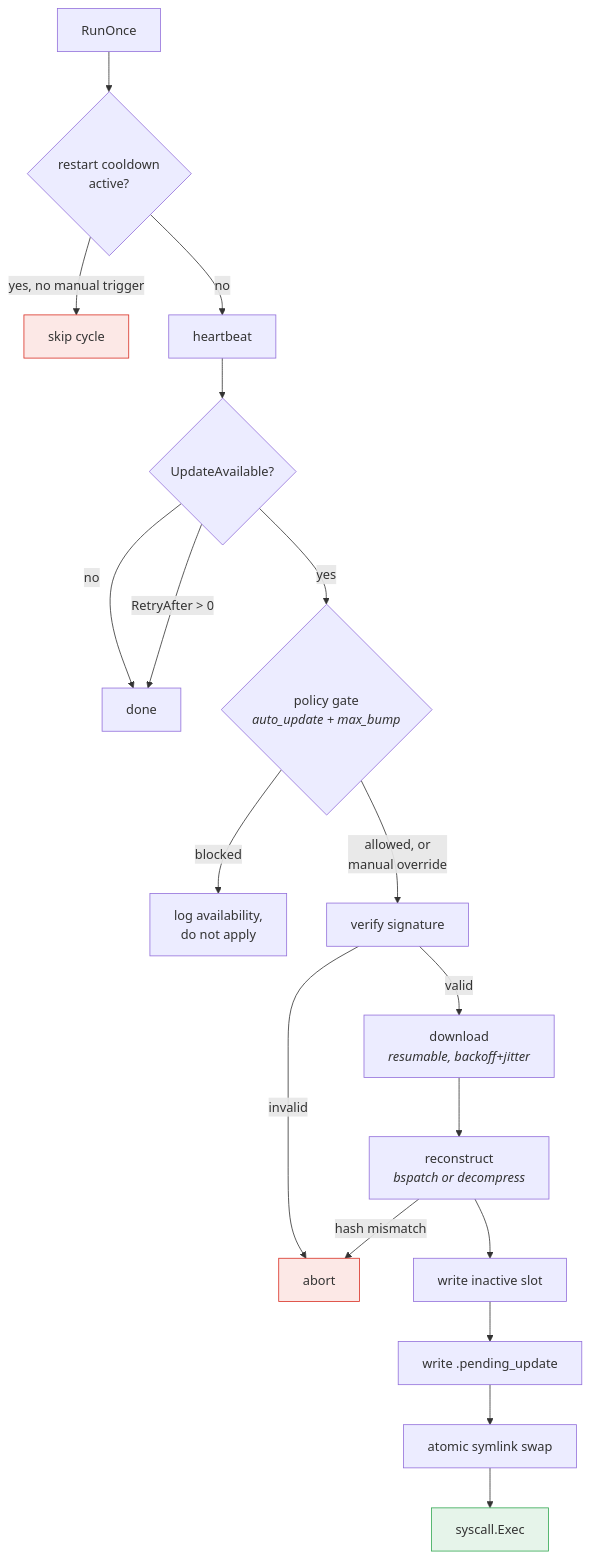
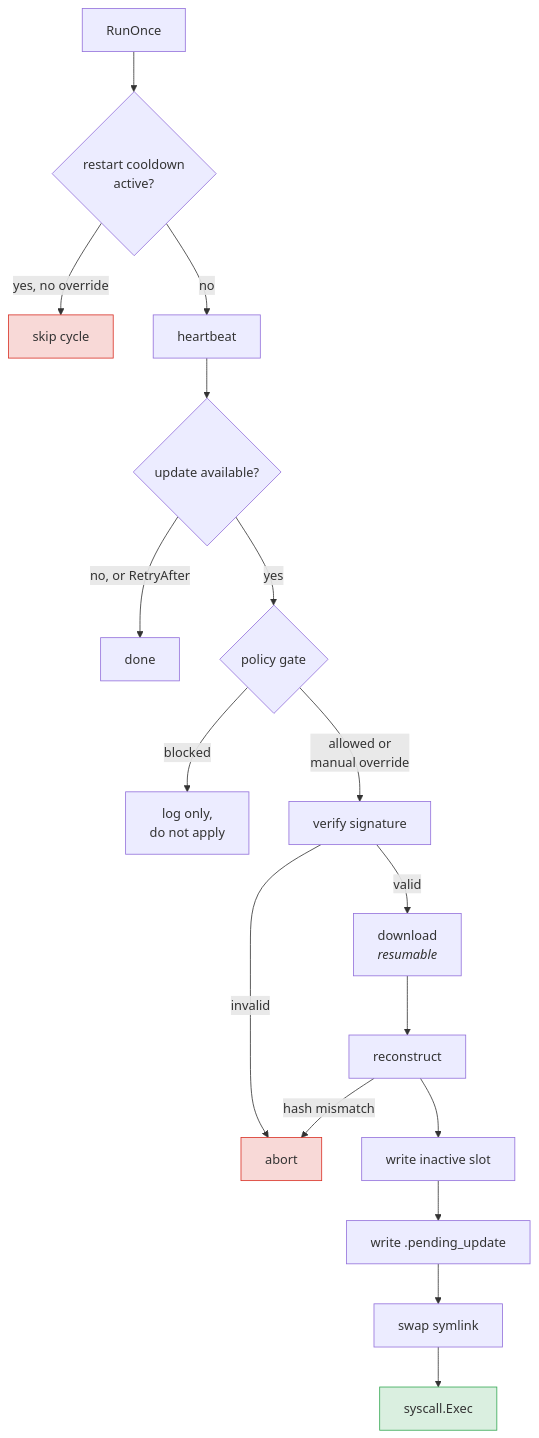
Before and after one commit to carlosprados/ota-updater: the third of 3 diagrams in site/content/agent/_index.md, drawn with Mermaid. The commit also changed other lines of this file and 13 other files, not shown here.

First line of the commit message:
fix(docs): broken diagram, unreadable colours, duplicated H1, footer links

````diff
--- a/site/content/agent/_index.md
+++ b/site/content/agent/_index.md
@@ -96,29 +94,24 @@
 ```mermaid
 flowchart TD
     START["RunOnce"] --> CD{"restart cooldown<br/>active?"}
-    CD -->|yes, no manual trigger| SKIP["skip cycle"]
+    CD -->|"yes, no override"| SKIP["skip cycle"]
     CD -->|no| HB["heartbeat"]
-
-    HB --> AVAIL{"UpdateAvailable?"}
-    AVAIL -->|no| DONE["done"]
-    AVAIL -->|"RetryAfter > 0"| DONE
-
-    AVAIL -->|yes| GATE{"policy gate<br/><i>auto_update + max_bump</i>"}
-    GATE -->|blocked| LOG["log availability,<br/>do not apply"]
-    GATE -->|"allowed, or<br/>manual override"| VERIFY["verify signature"]
-
+    HB --> AVAIL{"update available?"}
+    AVAIL -->|"no, or RetryAfter"| DONE["done"]
+    AVAIL -->|yes| GATE{"policy gate"}
+    GATE -->|blocked| LOG["log only,<br/>do not apply"]
+    GATE -->|"allowed or<br/>manual override"| VERIFY["verify signature"]
     VERIFY -->|invalid| ABORT["abort"]
-    VERIFY -->|valid| DL["download<br/><i>resumable, backoff+jitter</i>"]
-
-    DL --> RECON["reconstruct<br/><i>bspatch or decompress</i>"]
+    VERIFY -->|valid| DL["download<br/><i>resumable</i>"]
+    DL --> RECON["reconstruct"]
     RECON -->|hash mismatch| ABORT
     RECON --> STAGE["write inactive slot"]
     STAGE --> MARK["write .pending_update"]
-    MARK --> SWAP["atomic symlink swap"]
+    MARK --> SWAP["swap symlink"]
     SWAP --> EXEC["syscall.Exec"]
 
-    classDef bad fill:#fce8e6,stroke:#d93025
-    classDef ok fill:#e6f4ea,stroke:#34a853
+    classDef bad fill:#d930252e,stroke:#d93025
+    classDef ok fill:#34a8532e,stroke:#34a853
     class ABORT,SKIP bad
     class EXEC ok
 ```
````
